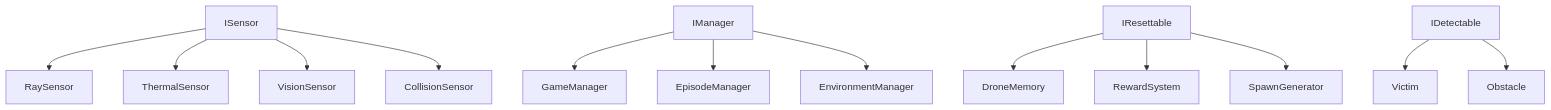
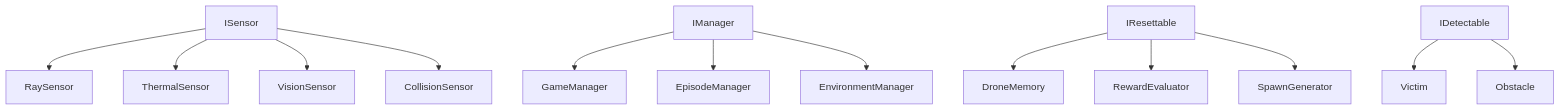
The sixth of 15 diagrams in Documentation/17_SOFTWARE_DESIGN_SPECIFICATION.md (NihaalGharat/ADRL-Rescue), drawn with Mermaid before and after one commit. The commit also changed other lines of this file and 51 other files, not shown here.

First line of the commit message:
feat(rewards): complete Phase 7.3 reward system and validation

````diff
--- a/Documentation/17_SOFTWARE_DESIGN_SPECIFICATION.md
+++ b/Documentation/17_SOFTWARE_DESIGN_SPECIFICATION.md
@@ -1383,18 +1408,18 @@
 ```mermaid
 graph TD
     ISensor[ISensor] --> RaySensor
     ISensor --> ThermalSensor
     ISensor --> VisionSensor
     ISensor --> CollisionSensor
     
     IManager[IManager] --> GameManager
     IManager --> EpisodeManager
     IManager --> EnvironmentManager
     
     IResettable[IResettable] --> DroneMemory
-    IResettable --> RewardSystem
+    IResettable --> RewardEvaluator
     IResettable --> SpawnGenerator
     
     IDetectable[IDetectable] --> Victim
     IDetectable --> Obstacle
 ```
````
